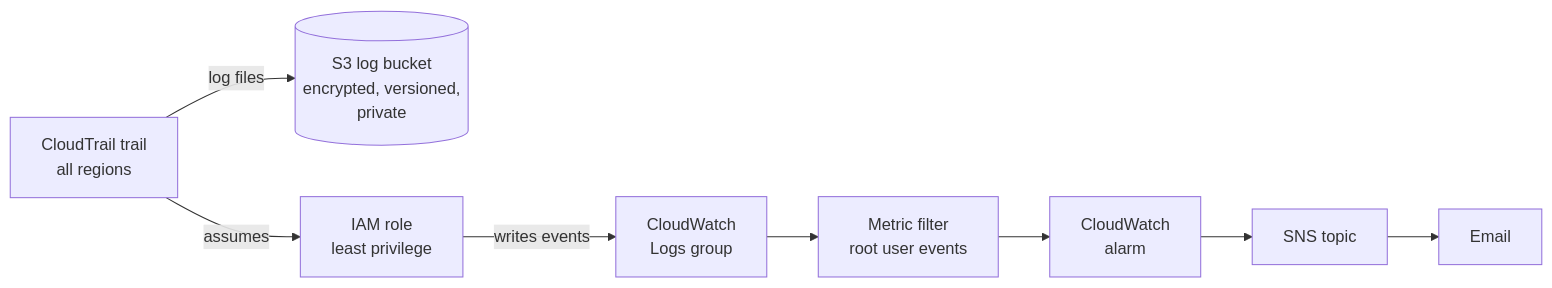
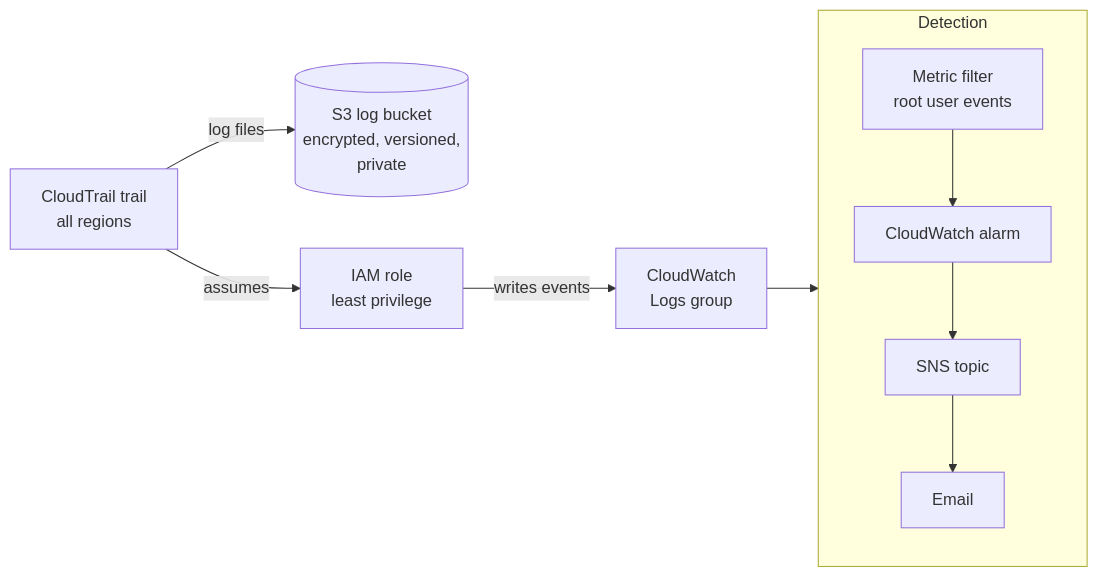
The second of 2 diagrams in README.md (Needest26/aws-secure-baseline), drawn with Mermaid before and after one commit.

Commit message:
Make the audit diagram more compact so its labels are readable

````diff
--- a/README.md
+++ b/README.md
@@ -46,10 +46,15 @@
 ```mermaid
 flowchart LR
     trail["CloudTrail trail<br/>all regions"] -->|"log files"| bucket[("S3 log bucket<br/>encrypted, versioned,<br/>private")]
     trail -->|"assumes"| role["IAM role<br/>least privilege"]
     role -->|"writes events"| logs["CloudWatch<br/>Logs group"]
-    logs --> filter["Metric filter<br/>root user events"]
-    filter --> alarm["CloudWatch<br/>alarm"]
-    alarm --> topic["SNS topic"]
-    topic --> email["Email"]
+
+    subgraph detect["Detection"]
+        direction TB
+        filter["Metric filter<br/>root user events"] --> alarm["CloudWatch alarm"]
+        alarm --> topic["SNS topic"]
+        topic --> email["Email"]
+    end
+
+    logs --> filter
 ```
````
